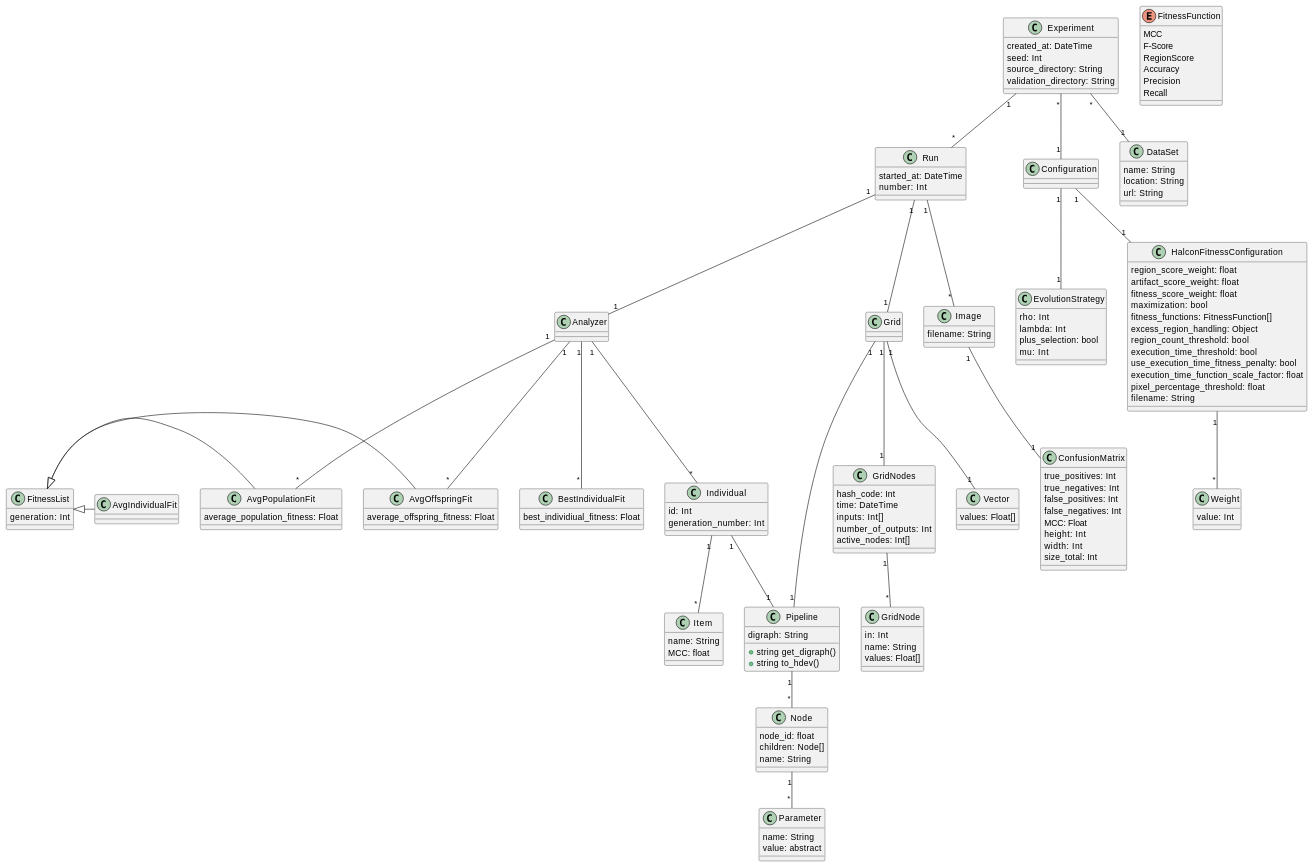
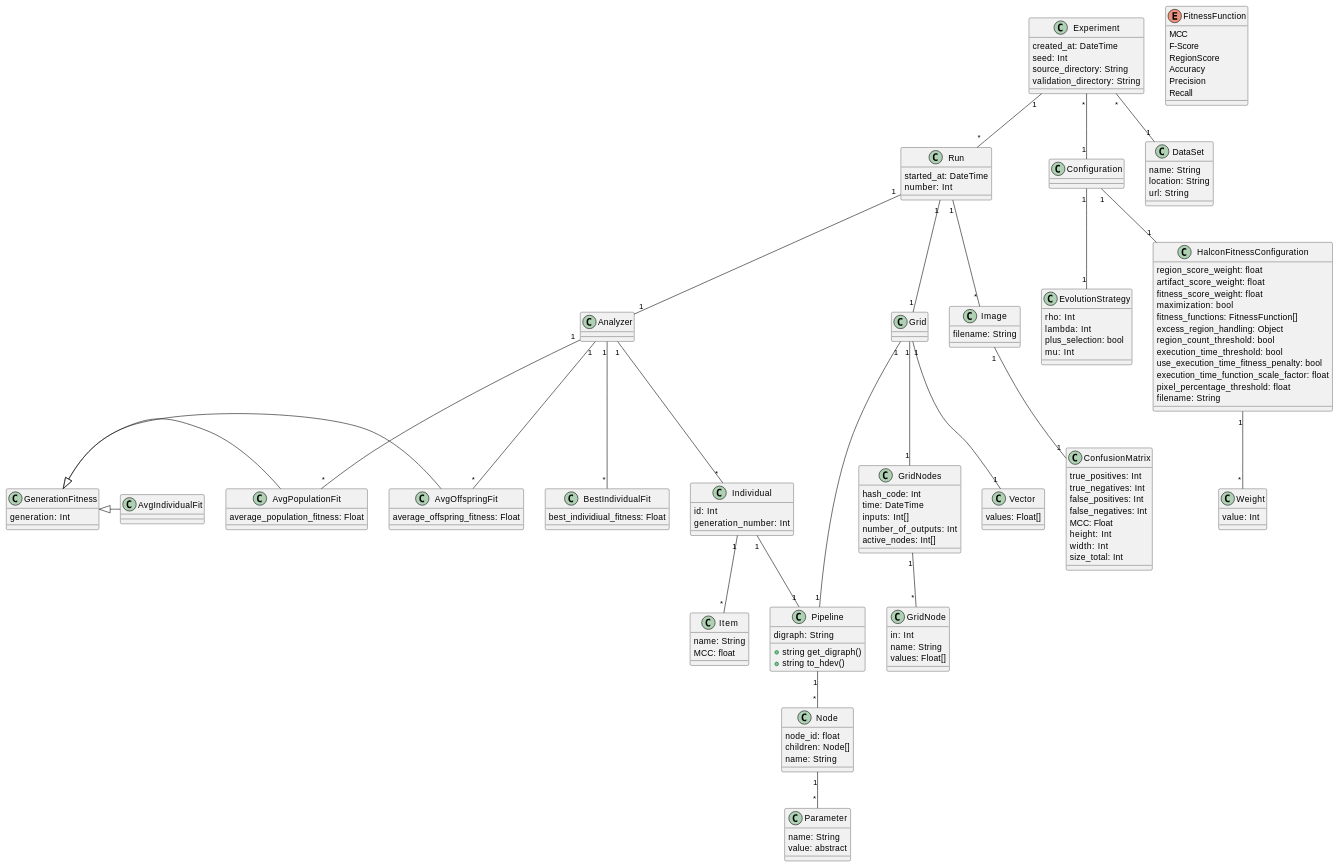
Before and after one commit to anmarchio/experiments: the diagram in diagrams/DataModel.md, drawn with PlantUML.

```diff
--- a/diagrams/DataModel.md
+++ b/diagrams/DataModel.md
@@ -60,7 +60,7 @@
 
 class Analyzer
 
-class FitnessList {
+class GenerationFitness {
   generation: Int
 }
 class AvgOffspringFit {
@@ -139,9 +139,9 @@
 Experiment "*" -- "1" Configuration
 
 Run "1" -- "1" Analyzer
-FitnessList <|- AvgOffspringFit
-FitnessList <|- AvgPopulationFit
-FitnessList <|- AvgIndividualFit
+GenerationFitness <|- AvgOffspringFit
+GenerationFitness <|- AvgPopulationFit
+GenerationFitness <|- AvgIndividualFit
 
 Configuration "1" -- "1" HalconFitnessConfiguration
 Configuration "1" -- "1" EvolutionStrategy
```
